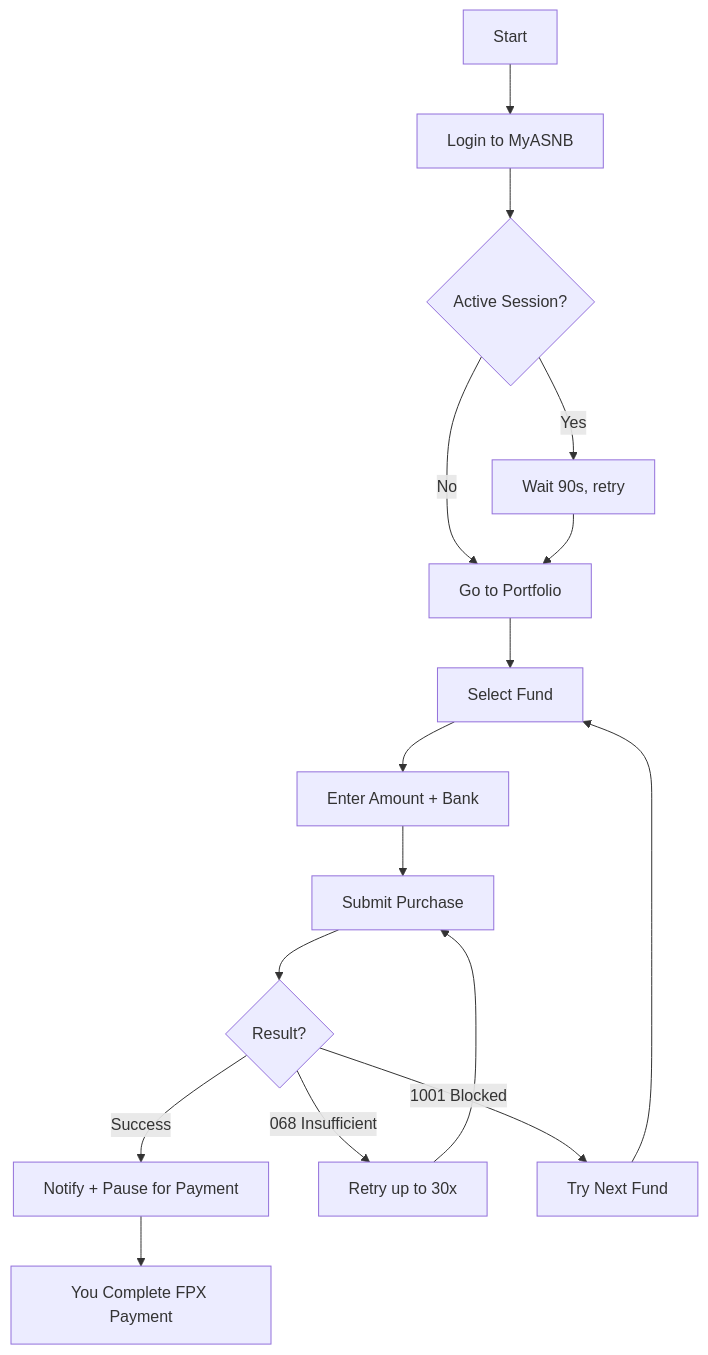
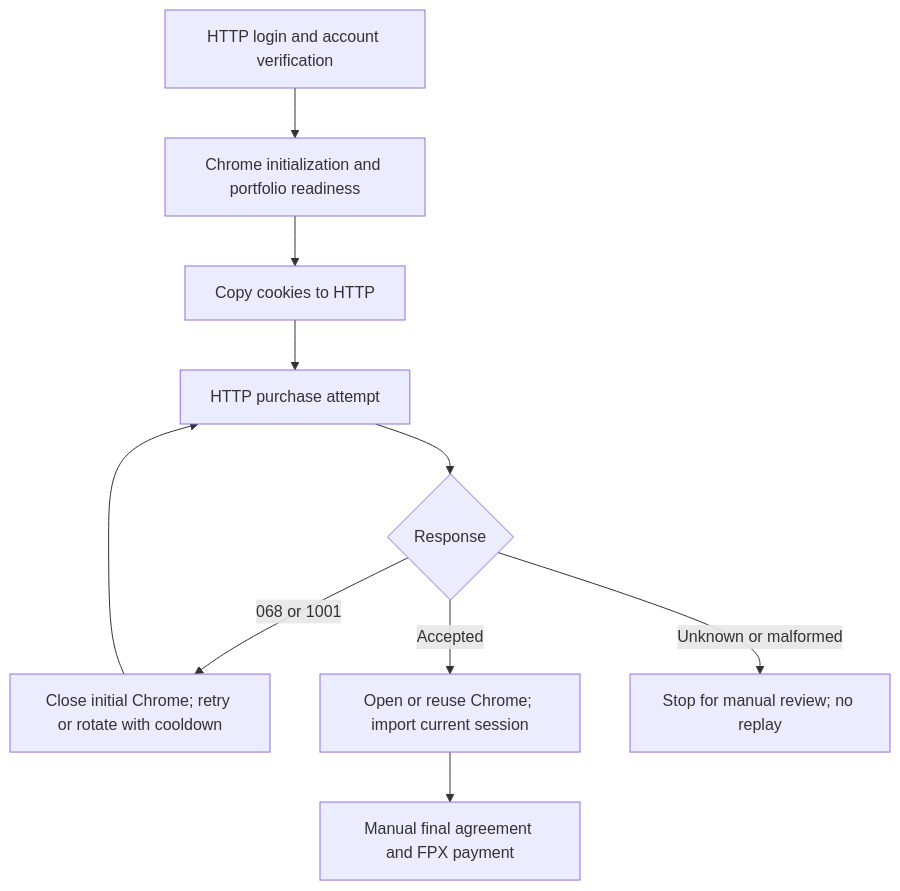
The diagram in README.md (yenwee/asnb_buyer_app), drawn with Mermaid before and after one commit. The commit also changed other lines of this file and 35 other files, not shown here.

````diff
--- a/README.md
+++ b/README.md
@@ -82,21 +136,12 @@
 ```mermaid
 flowchart TD
-    A[Start] --> B[Login to MyASNB]
-    B --> C{Active Session?}
-    C -->|Yes| D[Wait 90s, retry]
-    C -->|No| E[Go to Portfolio]
-    D --> E
-
-    E --> F[Select Fund]
-    F --> G[Enter Amount + Bank]
-    G --> H[Submit Purchase]
-
-    H --> I{Result?}
-    I -->|Success| J["Notify + Pause for Payment"]
-    I -->|068 Insufficient| K[Retry up to 30x]
-    K --> H
-    I -->|1001 Blocked| L[Try Next Fund]
-    L --> F
-
-    J --> M[You Complete FPX Payment]
+    A[HTTP login and account verification] --> B[Chrome initialization and portfolio readiness]
+    B --> C[Copy cookies to HTTP]
+    C --> D[HTTP purchase attempt]
+    D --> E{Response}
+    E -->|068 or 1001| F[Close initial Chrome; retry or rotate with cooldown]
+    F --> D
+    E -->|Accepted| G[Open or reuse Chrome; import current session]
+    G --> H[Manual final agreement and FPX payment]
+    E -->|Unknown or malformed| I[Stop for manual review; no replay]
 ```
````
